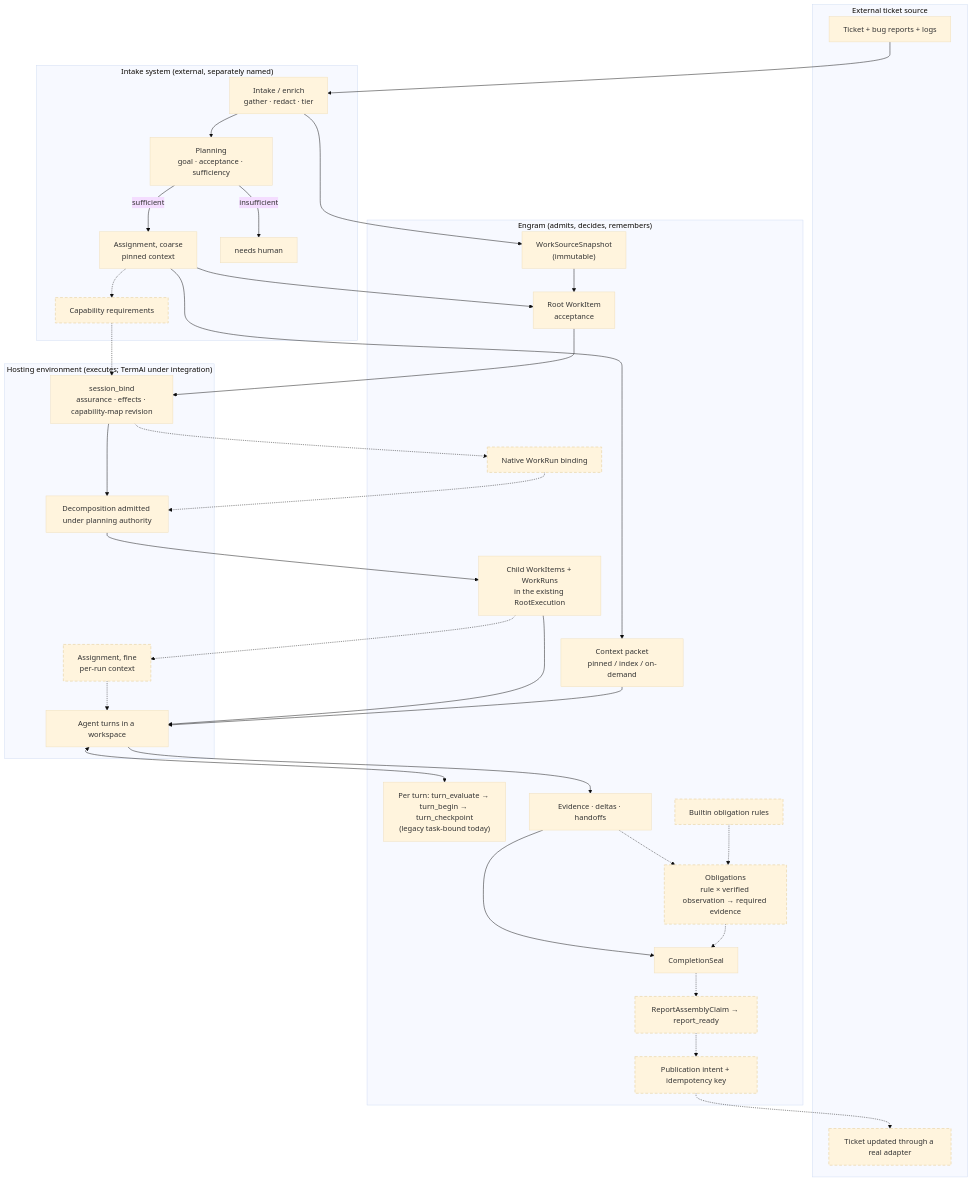
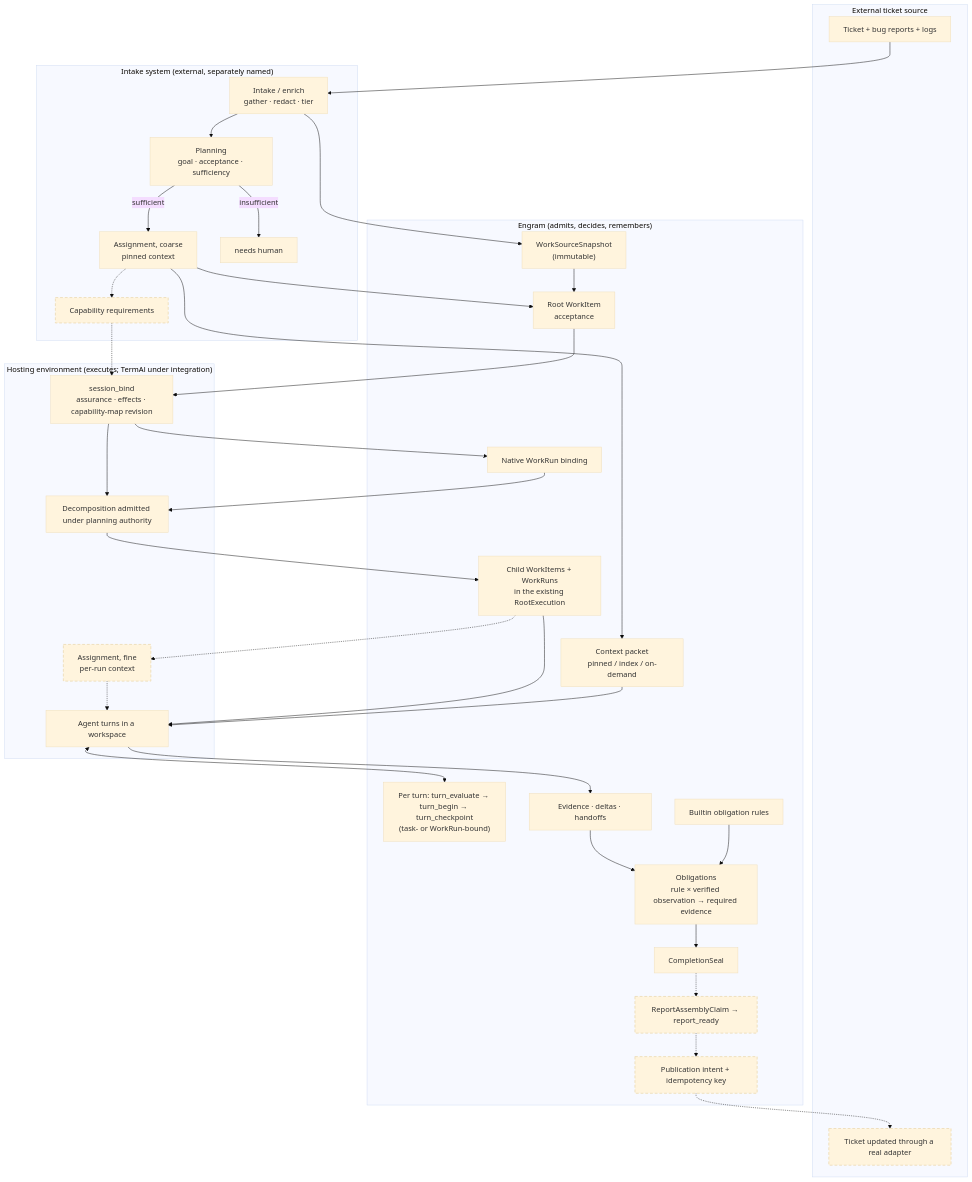
Before and after one commit to grlap/Engram: the diagram in docs/features/execution-pipeline.md, drawn with Mermaid (base theme). The commit also changed other lines of this file and 14 other files, not shown here.

````diff
--- a/docs/features/execution-pipeline.md
+++ b/docs/features/execution-pipeline.md
@@ -85,63 +83,62 @@
 ```mermaid
 flowchart TD
     classDef planned stroke-dasharray: 6 4,stroke-width:2px;
 
     subgraph EXT["External ticket source"]
         T["Ticket + bug reports + logs"]
         R["Ticket updated through a real adapter"]
     end
 
     subgraph UP["Intake system (external, separately named)"]
         I["Intake / enrich<br/>gather · redact · tier"]
         P["Planning<br/>goal · acceptance · sufficiency"]
         A1["Assignment, coarse<br/>pinned context"]
         CR["Capability requirements"]
         H["needs human"]
     end
 
     subgraph EN["Engram (admits, decides, remembers)"]
         S["WorkSourceSnapshot<br/>(immutable)"]
         W["Root WorkItem<br/>acceptance"]
         C["Context packet<br/>pinned / index / on-demand"]
         RE["Child WorkItems + WorkRuns<br/>in the existing RootExecution"]
-        CT["Per turn: turn_evaluate → turn_begin → turn_checkpoint<br/>(legacy task-bound today)"]
+        CT["Per turn: turn_evaluate → turn_begin → turn_checkpoint<br/>(task- or WorkRun-bound)"]
         WB["Native WorkRun binding"]
         EV["Evidence · deltas · handoffs"]
         PO["Builtin obligation rules"]
         OB["Obligations<br/>rule × verified observation → required evidence"]
         SE["CompletionSeal"]
         RA["ReportAssemblyClaim → report_ready"]
         PI["Publication intent + idempotency key"]
     end
 
     subgraph HO["Hosting environment (executes; TermAl under integration)"]
         B["session_bind<br/>assurance · effects · capability-map revision"]
         D["Decomposition admitted under planning authority"]
         A2["Assignment, fine<br/>per-run context"]
         X["Agent turns in a workspace"]
     end
 
     T --> I --> P
     P -- "insufficient" --> H
     P -- "sufficient" --> A1
     A1 -.-> CR
     I --> S
     A1 --> W
     A1 --> C
     S --> W
     W --> B
     CR -.-> B
-    B -.-> WB -.-> D
+    B --> WB --> D
     B --> D --> RE
     RE -.-> A2 -.-> X
     RE --> X
     C --> X
     X <--> CT
     X --> EV
-    EV --> SE
-    EV -.-> OB -.-> SE
-    PO -.-> OB
+    EV --> OB --> SE
+    PO --> OB
     SE -.-> RA -.-> PI -.-> R
 
-    class CR,WB,A2,RA,PI,R,OB,PO planned
+    class CR,A2,RA,PI,R planned
 ```
````
